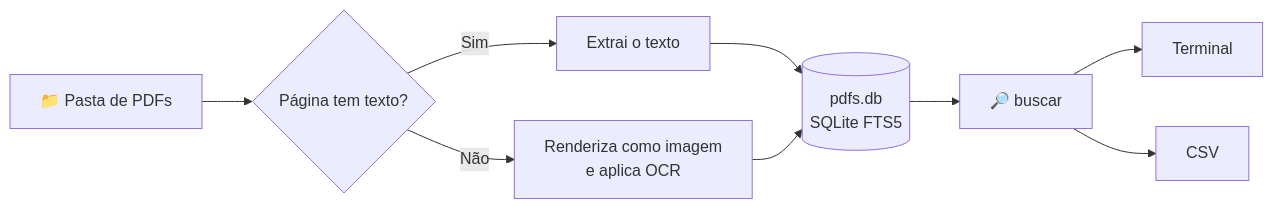
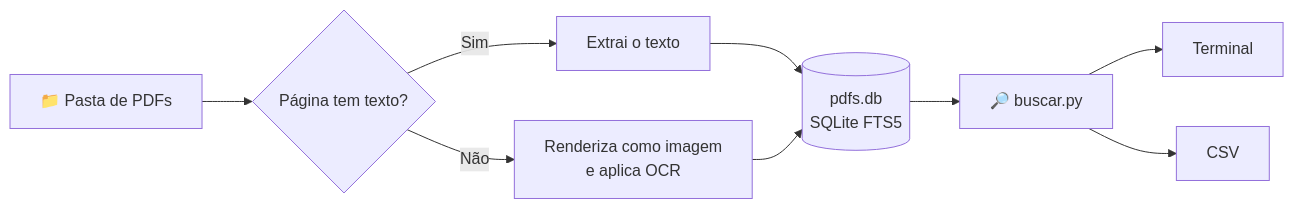
One commit to ariribeiro/PDFind changed the diagram in README.md. Above: the diagram before and after it, drawn with Mermaid. The commit also changed other lines of this file, not shown here.

````diff
--- a/README.md
+++ b/README.md
@@ -35,11 +33,11 @@
 ```mermaid
 flowchart LR
     A[📁 Pasta de PDFs] --> B{Página tem texto?}
     B -- Sim --> C[Extrai o texto]
     B -- Não --> D[Renderiza como imagem<br/>e aplica OCR]
     C --> E[(pdfs.db<br/>SQLite FTS5)]
     D --> E
-    E --> F[🔎 buscar]
+    E --> F[🔎 buscar.py]
     F --> G[Terminal]
     F --> H[CSV]
 ```
````
